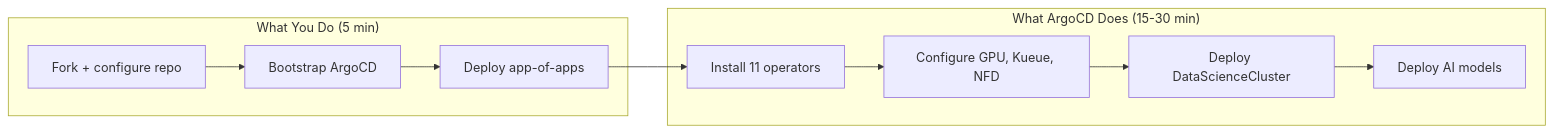
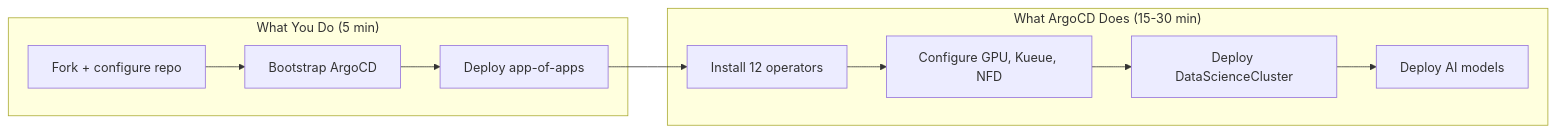
The diagram in docs/quickstart.md (rrbanda/rhoai-deploy-gitops), drawn with Mermaid before and after one commit. The commit also changed other lines of this file and 24 other files, not shown here.

````diff
--- a/docs/quickstart.md
+++ b/docs/quickstart.md
@@ -9,17 +9,17 @@
 ```mermaid
 graph LR
   subgraph yourActions ["What You Do (5 min)"]
     Fork["Fork + configure repo"]
     Boot["Bootstrap ArgoCD"]
     Deploy["Deploy app-of-apps"]
   end
 
   subgraph argocdDoes ["What ArgoCD Does (15-30 min)"]
-    Operators["Install 11 operators"]
+    Operators["Install 12 operators"]
     Instances["Configure GPU, Kueue, NFD"]
     DSC["Deploy DataScienceCluster"]
     Models["Deploy AI models"]
   end
 
   Fork --> Boot --> Deploy --> Operators --> Instances --> DSC --> Models
 ```
````
